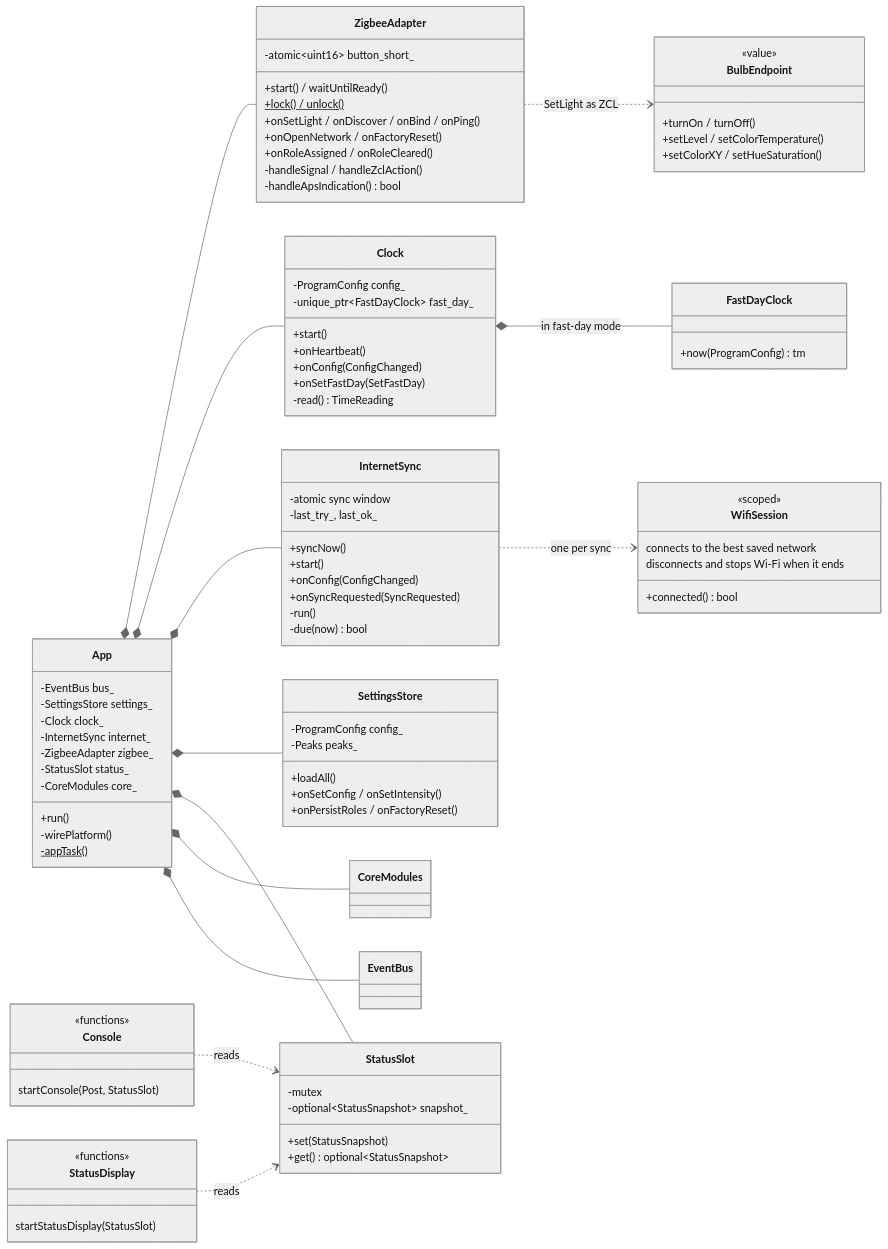
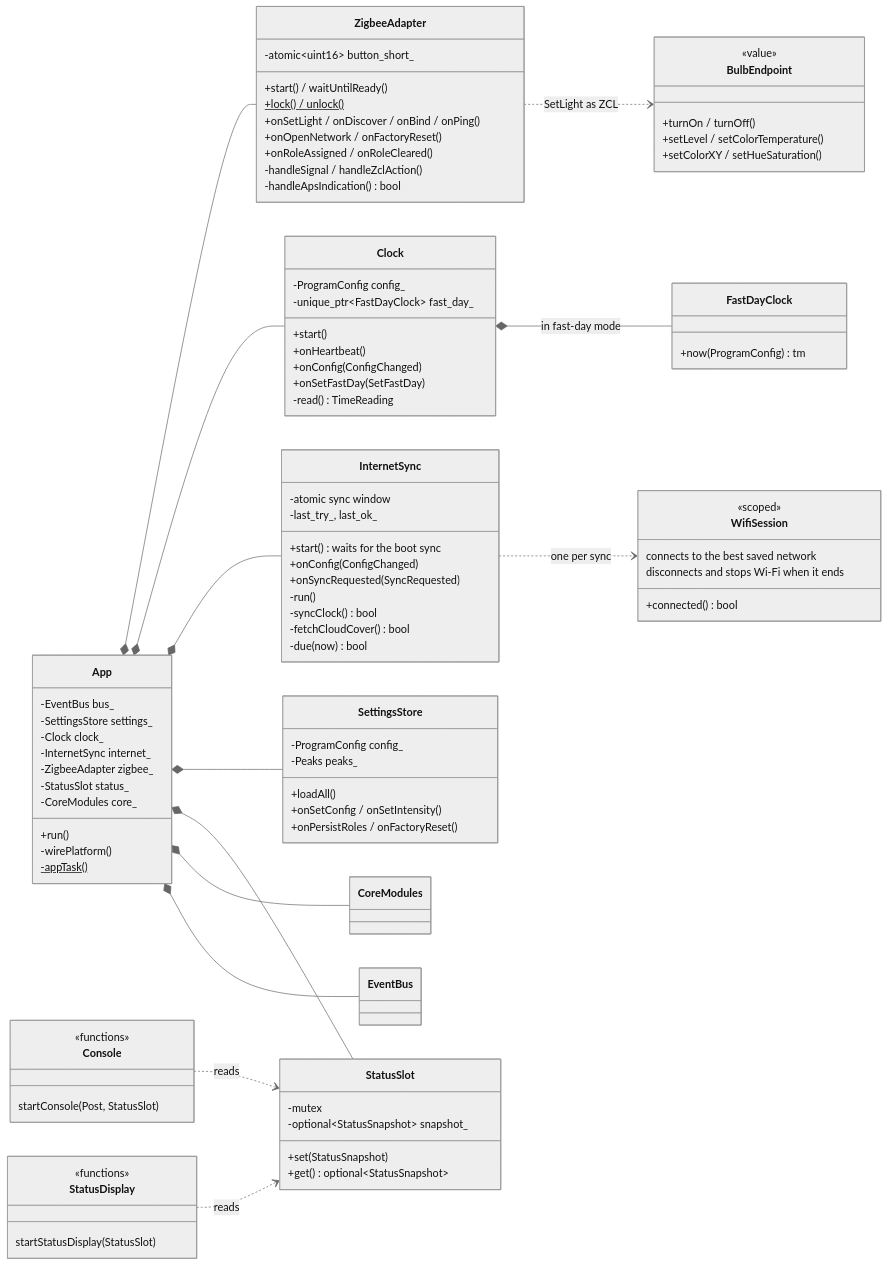
Before and after one commit to bjerre/sunsim: the fifth of 10 diagrams in ARCHITECTURE.md, drawn with Mermaid (neutral theme). The commit also changed other lines of this file and 22 other files, not shown here.

```diff
--- a/ARCHITECTURE.md
+++ b/ARCHITECTURE.md
@@ -368,11 +395,12 @@
     class InternetSync {
         -atomic sync window
         -last_try_, last_ok_
-        +syncNow()
-        +start()
+        +start() waits for the boot sync
         +onConfig(ConfigChanged)
         +onSyncRequested(SyncRequested)
         -run()
+        -syncClock() bool
+        -fetchCloudCover() bool
         -due(now) bool
     }
     class WifiSession {
```
